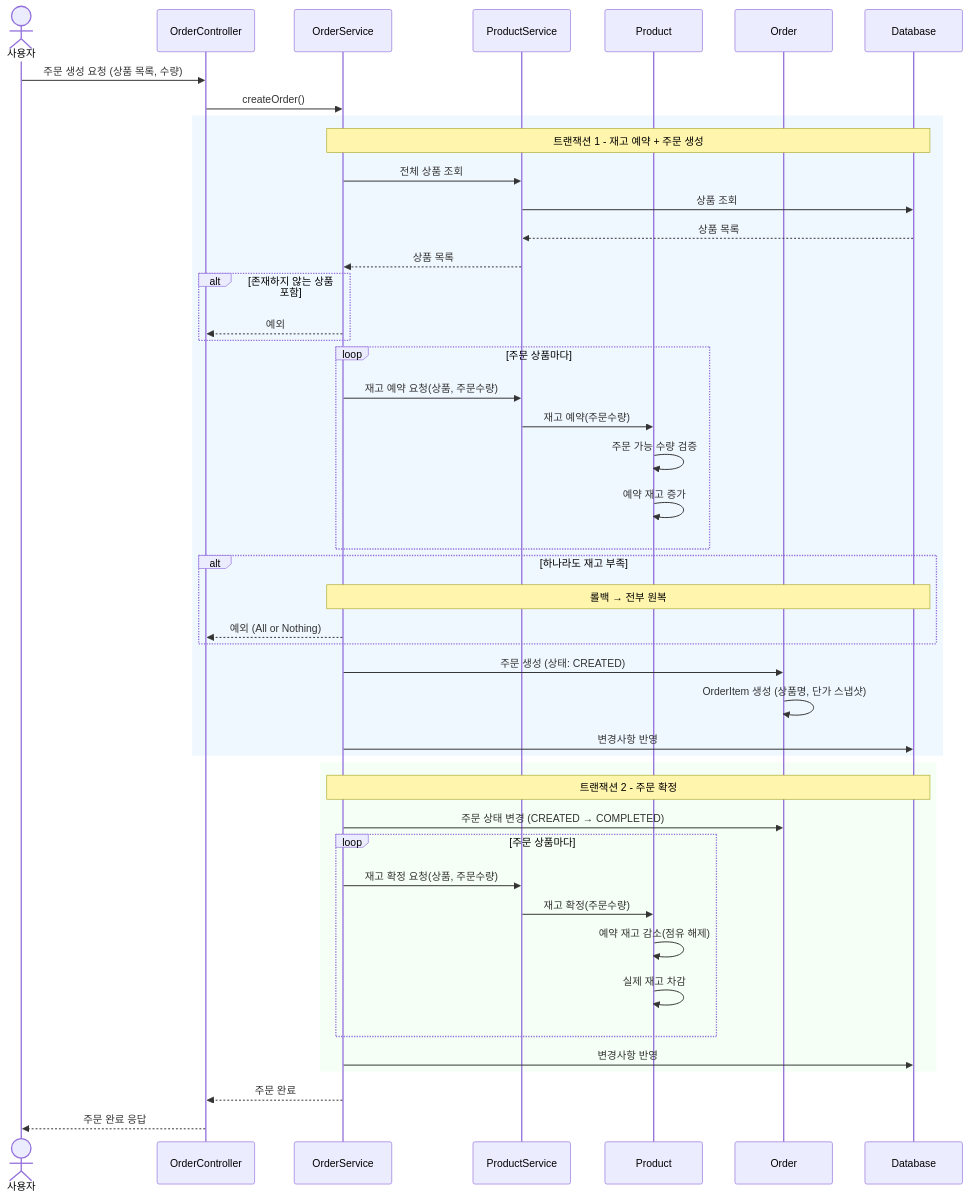
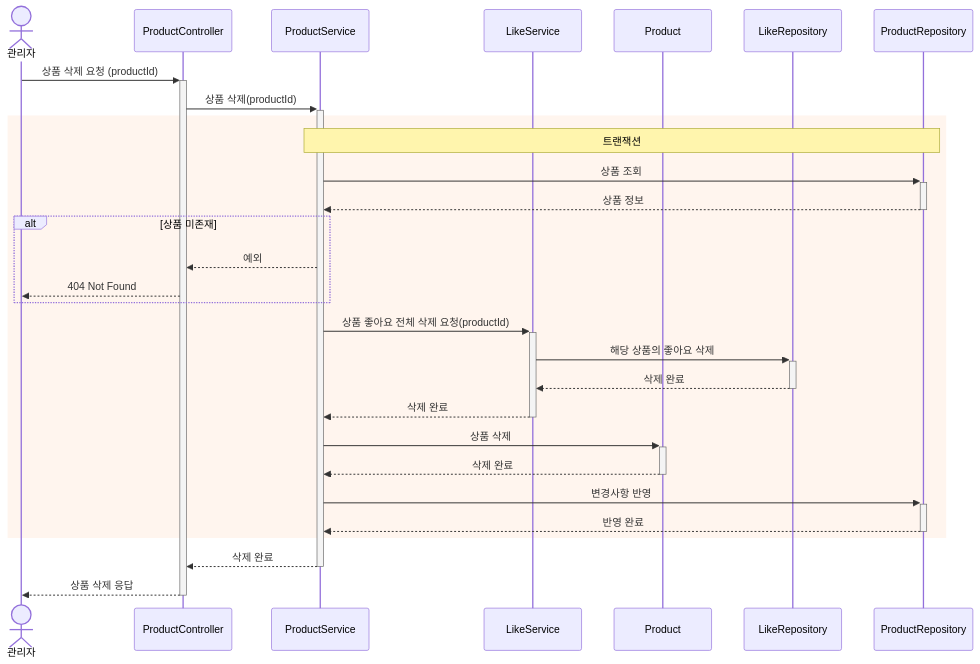
One commit to kimjunyoung90/loop-pack-be-l2-vol3-java changed diagram 14 of 23 in docs/design/02-sequence-diagrams.md. Above: the diagram before and after it, drawn with Mermaid. The commit also changed other lines of this file and 3 other files, not shown here.

````diff
--- a/docs/design/02-sequence-diagrams.md
+++ b/docs/design/02-sequence-diagrams.md
@@ -7,58 +427,37 @@
 ```mermaid
 sequenceDiagram
-    actor User as 사용자
-    participant OC as OrderController
-    participant OS as OrderService
+    actor Admin as 관리자
+    participant PC as ProductController
     participant PS as ProductService
+    participant LS as LikeService
     participant P as Product
-    participant O as Order
-    participant DB as Database
+    participant LR as LikeRepository
+    participant PR as ProductRepository
 
-    User->>OC: 주문 생성 요청 (상품 목록, 수량)
-    OC->>OS: createOrder()
+    Admin->>+PC: 상품 삭제 요청 (productId)
+    PC->>+PS: 상품 삭제(productId)
 
-    rect rgb(240, 248, 255)
-        Note over OS, DB: 트랜잭션 1 - 재고 예약 + 주문 생성
-        OS->>PS: 전체 상품 조회
-        PS->>DB: 상품 조회
-        DB-->>PS: 상품 목록
-        PS-->>OS: 상품 목록
+    rect rgb(255, 245, 238)
+        Note over PS, PR: 트랜잭션
+        PS->>+PR: 상품 조회
+        PR-->>-PS: 상품 정보
 
-        alt 존재하지 않는 상품 포함
-            OS-->>OC: 예외
+        alt 상품 미존재
+            PS-->>PC: 예외
+            PC-->>Admin: 404 Not Found
         end
 
-        loop 주문 상품마다
-            OS->>PS: 재고 예약 요청(상품, 주문수량)
-            PS->>P: 재고 예약(주문수량)
-            P->>P: 주문 가능 수량 검증
-            P->>P: 예약 재고 증가
-        end
+        PS->>+LS: 상품 좋아요 전체 삭제 요청(productId)
+        LS->>+LR: 해당 상품의 좋아요 삭제
+        LR-->>-LS: 삭제 완료
+        LS-->>-PS: 삭제 완료
 
-        alt 하나라도 재고 부족
-            Note over OS, DB: 롤백 → 전부 원복
-            OS-->>OC: 예외 (All or Nothing)
-        end
-
-        OS->>O: 주문 생성 (상태: CREATED)
-        O->>O: OrderItem 생성 (상품명, 단가 스냅샷)
-        OS->>DB: 변경사항 반영
+        PS->>+P: 상품 삭제
+        P-->>-PS: 삭제 완료
+        PS->>+PR: 변경사항 반영
+        PR-->>-PS: 반영 완료
     end
 
-    rect rgb(245, 255, 245)
-        Note over OS, DB: 트랜잭션 2 - 주문 확정
-        OS->>O: 주문 상태 변경 (CREATED → COMPLETED)
-
-        loop 주문 상품마다
-            OS->>PS: 재고 확정 요청(상품, 주문수량)
-            PS->>P: 재고 확정(주문수량)
-            P->>P: 예약 재고 감소(점유 해제)
-            P->>P: 실제 재고 차감
-        end
-
-        OS->>DB: 변경사항 반영
-    end
-
-    OS-->>OC: 주문 완료
-    OC-->>User: 주문 완료 응답
+    PS-->>-PC: 삭제 완료
+    PC-->>-Admin: 상품 삭제 응답
 ```
````
